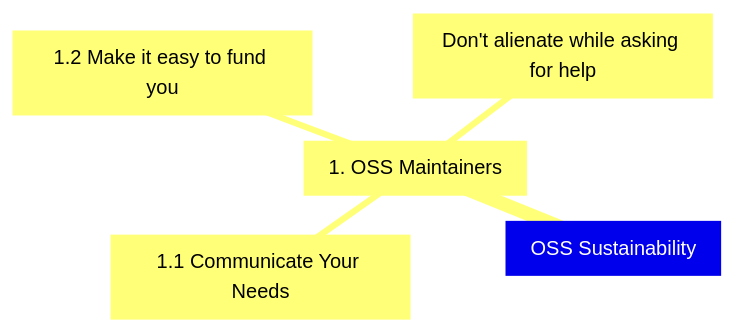
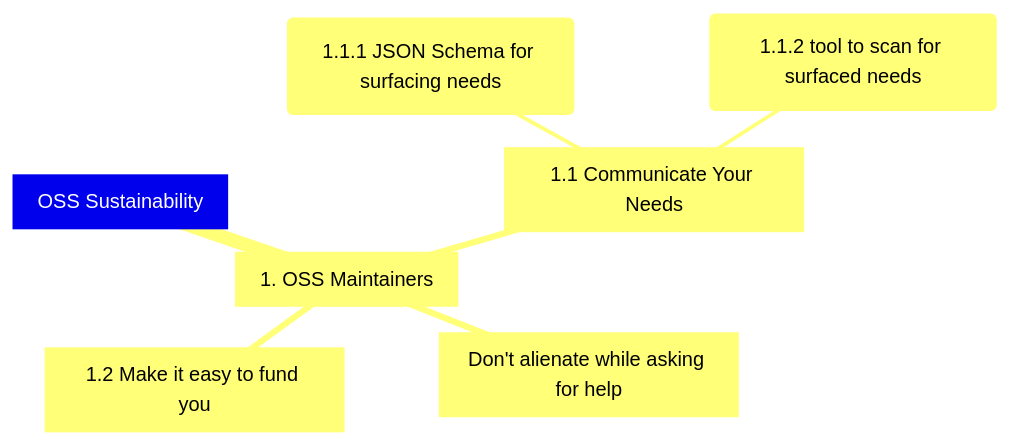
One commit to AWiderDotNET/home changed the first of 7 diagrams in README.md. Above: the diagram before and after it, drawn with Mermaid. The commit also changed other lines of this file, not shown here.

````diff
--- a/README.md
+++ b/README.md
@@ -29,8 +29,10 @@
 ```mermaid
 mindmap
   root[OSS Sustainability]
     1[1. OSS Maintainers]
       1.1[1.1 Communicate Your Needs]
+        1.1.1(1.1.1 JSON Schema for surfacing needs)
+        1.1.2(1.1.2 tool to scan for surfaced needs)
       1.2[1.2 Make it easy to fund you]
       1.3[Don't alienate while asking for help]
 ```
````
